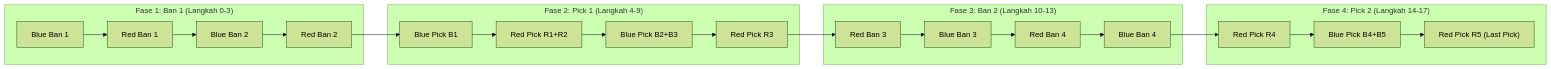
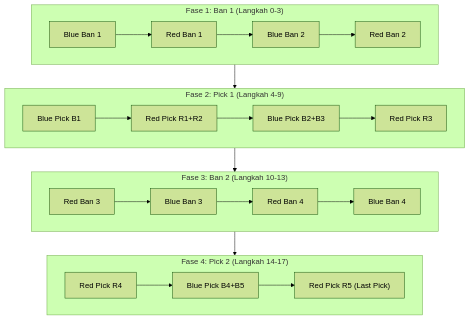
Before and after one commit to Andndre/hok-draft-engine: the second of 2 diagrams in README.md, drawn with Mermaid (forest theme). The commit also changed other lines of this file, not shown here.

First line of the commit message:
docs(readme): selaraskan arsitektur algoritma, rumus taktis, dan flowchart turnamen

````diff
--- a/README.md
+++ b/README.md
@@ -57,28 +63,26 @@
 ```mermaid
-flowchart LR
+flowchart TD
     subgraph P1["Fase 1: Ban 1 (Langkah 0-3)"]
-        B1["Blue Ban 1"] --> R1["Red Ban 1"]
-        R1 --> B2["Blue Ban 2"]
-        B2 --> R2["Red Ban 2"]
+        direction LR
+        B1["Blue Ban 1"] --> R1["Red Ban 1"] --> B2["Blue Ban 2"] --> R2["Red Ban 2"]
     end
 
     subgraph P2["Fase 2: Pick 1 (Langkah 4-9)"]
-        R2 --> BP1["Blue Pick B1"]
-        BP1 --> RP1["Red Pick R1+R2"]
-        RP1 --> BP2["Blue Pick B2+B3"]
-        BP2 --> RP2["Red Pick R3"]
+        direction LR
+        BP1["Blue Pick B1"] --> RP1["Red Pick R1+R2"] --> BP2["Blue Pick B2+B3"] --> RP2["Red Pick R3"]
     end
 
     subgraph P3["Fase 3: Ban 2 (Langkah 10-13)"]
-        RP2 --> RB1["Red Ban 3"]
-        RB1 --> BB1["Blue Ban 3"]
-        BB1 --> RB2["Red Ban 4"]
-        RB2 --> BB2["Blue Ban 4"]
+        direction LR
+        RB1["Red Ban 3"] --> BB1["Blue Ban 3"] --> RB2["Red Ban 4"] --> BB2["Blue Ban 4"]
     end
 
     subgraph P4["Fase 4: Pick 2 (Langkah 14-17)"]
-        BB2 --> RP3["Red Pick R4"]
-        RP3 --> BP3["Blue Pick B4+B5"]
-        BP3 --> RP4["Red Pick R5 (Last Pick)"]
+        direction LR
+        RP3["Red Pick R4"] --> BP3["Blue Pick B4+B5"] --> RP4["Red Pick R5 (Last Pick)"]
     end
+
+    R2 --> BP1
+    RP2 --> RB1
+    BB2 --> RP3
 ```
````
